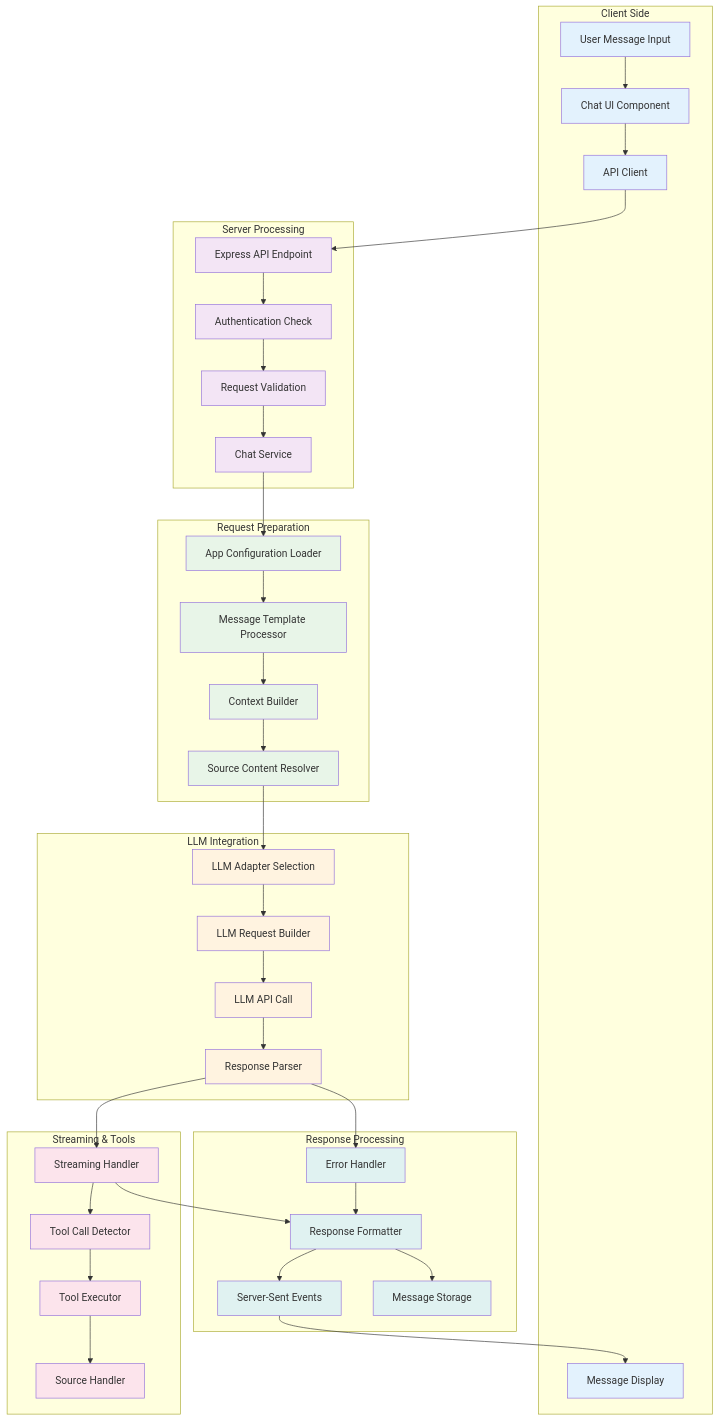
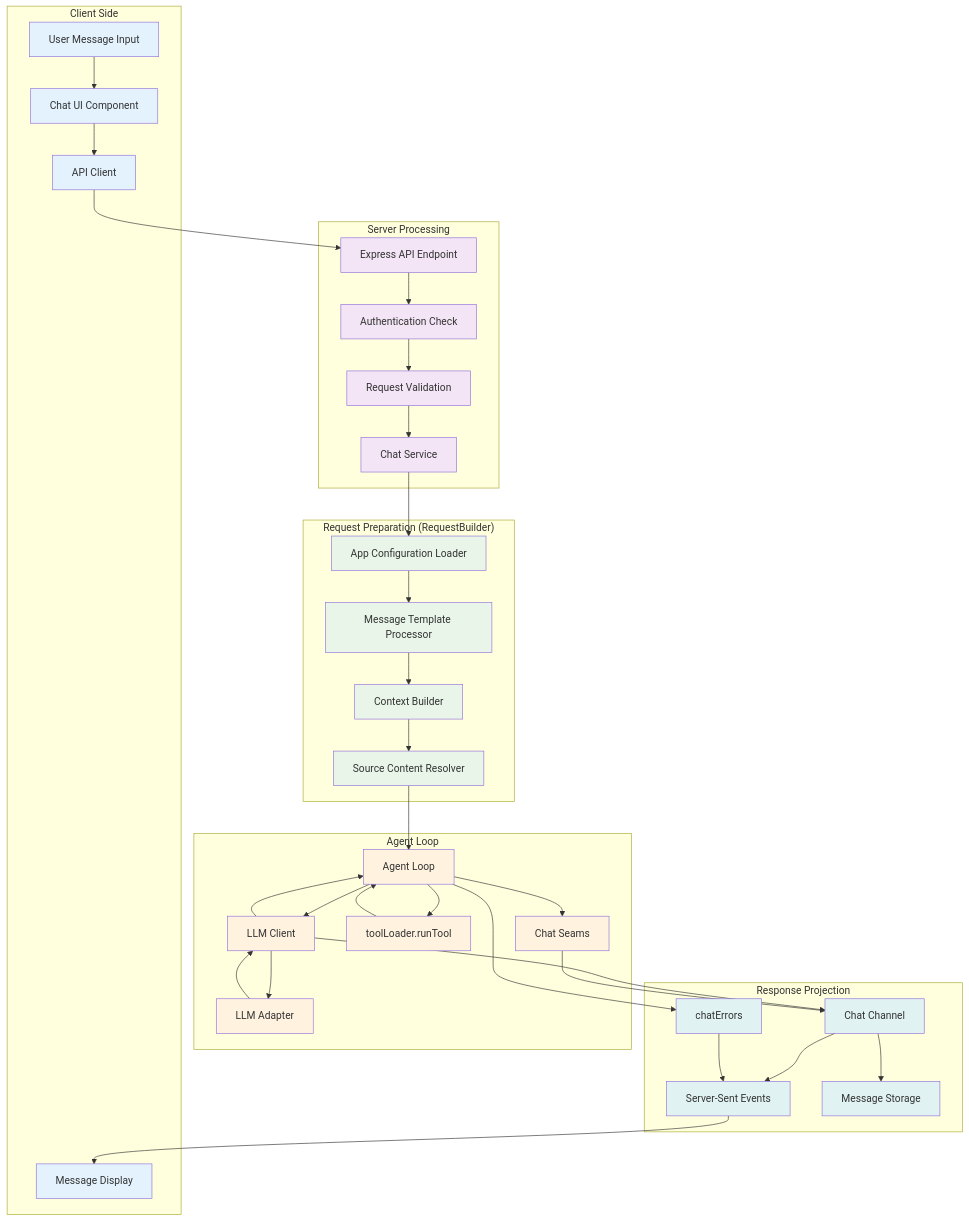
Before and after one commit to intrafind/ihub-apps: diagram 21 of 22 in docs/diagrams.md, drawn with Mermaid. The commit also changed other lines of this file and 50 other files, not shown here.

````diff
--- a/docs/diagrams.md
+++ b/docs/diagrams.md
@@ -1456,85 +1465,77 @@
         APIClient[API Client]
         MessageDisplay[Message Display]
     end
-    
+
     subgraph "Server Processing"
         ExpressAPI[Express API Endpoint]
         AuthCheck[Authentication Check]
         RequestValidation[Request Validation]
         ChatService[Chat Service]
     end
-    
-    subgraph "Request Preparation"
+
+    subgraph "Request Preparation (RequestBuilder)"
         ConfigLoader[App Configuration Loader]
         TemplateProcessor[Message Template Processor]
         ContextBuilder[Context Builder]
         SourceResolver[Source Content Resolver]
     end
-    
-    subgraph "LLM Integration"
-        AdapterSelection[LLM Adapter Selection]
-        RequestBuilder[LLM Request Builder]
-        APICall[LLM API Call]
-        ResponseParser[Response Parser]
+
+    subgraph "Agent Loop"
+        AgentLoop[Agent Loop]
+        LLMClient[LLM Client]
+        Adapter[LLM Adapter]
+        ToolRunner[toolLoader.runTool]
+        Seams[Chat Seams]
     end
-    
-    subgraph "Streaming & Tools"
-        StreamHandler[Streaming Handler]
-        ToolDetector[Tool Call Detector]
-        ToolExecutor[Tool Executor]
-        SourceHandler[Source Handler]
-    end
-    
-    subgraph "Response Processing"
-        ResponseFormatter[Response Formatter]
-        ErrorHandler[Error Handler]
+
+    subgraph "Response Projection"
+        Channel[Chat Channel]
+        ErrorMapper[chatErrors]
         SSEStream[Server-Sent Events]
         MessageStorage[Message Storage]
     end
-    
+
     UserInput --> ChatUI
     ChatUI --> APIClient
     APIClient --> ExpressAPI
-    
+
     ExpressAPI --> AuthCheck
     AuthCheck --> RequestValidation
     RequestValidation --> ChatService
-    
+
     ChatService --> ConfigLoader
     ConfigLoader --> TemplateProcessor
     TemplateProcessor --> ContextBuilder
     ContextBuilder --> SourceResolver
-    
-    SourceResolver --> AdapterSelection
-    AdapterSelection --> RequestBuilder
-    RequestBuilder --> APICall
-    APICall --> ResponseParser
-    
-    ResponseParser --> StreamHandler
-    StreamHandler --> ToolDetector
-    ToolDetector --> ToolExecutor
-    ToolExecutor --> SourceHandler
-    
-    StreamHandler --> ResponseFormatter
-    ResponseFormatter --> SSEStream
+
+    SourceResolver --> AgentLoop
+    AgentLoop --> LLMClient
+    LLMClient --> Adapter
+    Adapter --> LLMClient
+    LLMClient --> AgentLoop
+    AgentLoop --> ToolRunner
+    ToolRunner --> AgentLoop
+    AgentLoop --> Seams
+
+    LLMClient --> Channel
+    Seams --> Channel
+    Channel --> SSEStream
     SSEStream --> MessageDisplay
-    
-    ResponseParser --> ErrorHandler
-    ErrorHandler --> ResponseFormatter
-    
-    ResponseFormatter --> MessageStorage
-    
+
+    AgentLoop --> ErrorMapper
+    ErrorMapper --> SSEStream
+
+    Channel --> MessageStorage
+
     classDef client fill:#e3f2fd
     classDef server fill:#f3e5f5
     classDef preparation fill:#e8f5e8
-    classDef llm fill:#fff3e0
-    classDef streaming fill:#fce4ec
+    classDef loop fill:#fff3e0
     classDef response fill:#e0f2f1
-    
+
     class UserInput,ChatUI,APIClient,MessageDisplay client
     class ExpressAPI,AuthCheck,RequestValidation,ChatService server
     class ConfigLoader,TemplateProcessor,ContextBuilder,SourceResolver preparation
-    class AdapterSelection,RequestBuilder,APICall,ResponseParser llm
-    class StreamHandler,ToolDetector,ToolExecutor,SourceHandler streaming
-    class ResponseFormatter,ErrorHandler,SSEStream,MessageStorage response
+    class AgentLoop,LLMClient,Adapter,ToolRunner,Seams loop
+    class Channel,ErrorMapper,SSEStream,MessageStorage response
 ```
````
